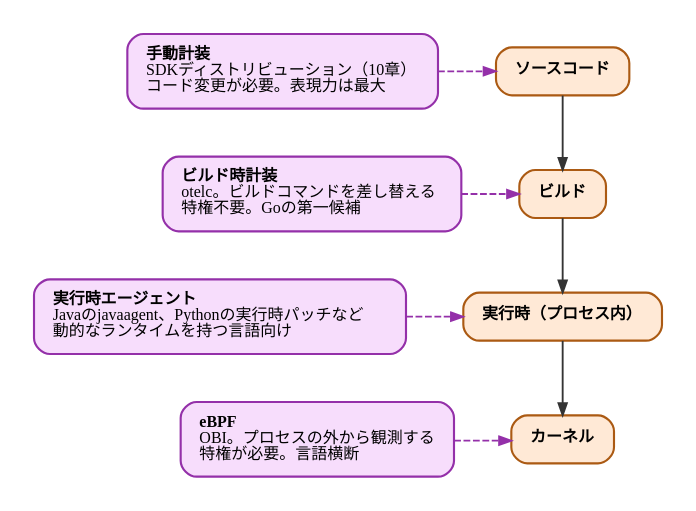
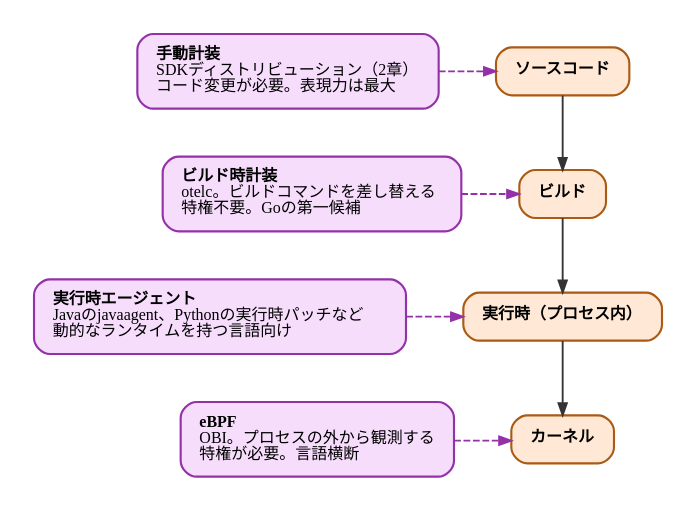
The diagram in diagrams/observability-platform-with-otel/20260926-injection-points.dot (ymotongpoo/zenn.dev), drawn with Graphviz before and after one commit. The commit also changed 27 other files, not shown here.

```diff
--- a/diagrams/observability-platform-with-otel/20260926-injection-points.dot
+++ b/diagrams/observability-platform-with-otel/20260926-injection-points.dot
@@ -1,42 +1,42 @@
 // 計装の注入ポイント比較
 digraph injection_points {
   graph [
     fontname="IBM Plex Sans JP", fontsize=13,
     rankdir=TB, compound=true, splines=ortho,
     nodesep=0.6, ranksep=0.5, pad=0.25,
     bgcolor="white", newrank=true
   ];
   node [
     fontname="IBM Plex Sans JP", fontsize=12,
     shape=box, style="rounded,filled",
     fillcolor="#E4E4E4", color="#4A4A4A", penwidth=1.6,
     margin="0.2,0.14"
   ];
   edge [
     fontname="IBM Plex Sans JP", fontsize=11,
     color="#343434", penwidth=1.4, arrowsize=0.9,
     fontcolor="#171717"
   ];
 
   src [label=<<b>ソースコード</b>>, fillcolor="#FFE9D6", color="#AB5A13"];
   build [label=<<b>ビルド</b>>, fillcolor="#FFE9D6", color="#AB5A13"];
   runtime [label=<<b>実行時（プロセス内）</b>>, fillcolor="#FFE9D6", color="#AB5A13"];
   kernel [label=<<b>カーネル</b>>, fillcolor="#FFE9D6", color="#AB5A13"];
 
-  manual [label=<<b>手動計装</b><br align="left"/>SDKディストリビューション（10章）<br align="left"/>コード変更が必要。表現力は最大<br align="left"/>>, fillcolor="#F7DDFC", color="#9430A9"];
+  manual [label=<<b>手動計装</b><br align="left"/>SDKディストリビューション（2章）<br align="left"/>コード変更が必要。表現力は最大<br align="left"/>>, fillcolor="#F7DDFC", color="#9430A9"];
   otelc [label=<<b>ビルド時計装</b><br align="left"/>otelc。ビルドコマンドを差し替える<br align="left"/>特権不要。Goの第一候補<br align="left"/>>, fillcolor="#F7DDFC", color="#9430A9"];
   agentbased [label=<<b>実行時エージェント</b><br align="left"/>Javaのjavaagent、Pythonの実行時パッチなど<br align="left"/>動的なランタイムを持つ言語向け<br align="left"/>>, fillcolor="#F7DDFC", color="#9430A9"];
   ebpf [label=<<b>eBPF</b><br align="left"/>OBI。プロセスの外から観測する<br align="left"/>特権が必要。言語横断<br align="left"/>>, fillcolor="#F7DDFC", color="#9430A9"];
 
   src -> build -> runtime -> kernel;
 
   manual -> src [style=dashed, color="#9430A9"];
   otelc -> build [style=dashed, color="#9430A9"];
   agentbased -> runtime [style=dashed, color="#9430A9"];
   ebpf -> kernel [style=dashed, color="#9430A9"];
 
   { rank=same; src; manual; }
   { rank=same; build; otelc; }
   { rank=same; runtime; agentbased; }
   { rank=same; kernel; ebpf; }
 }
```
